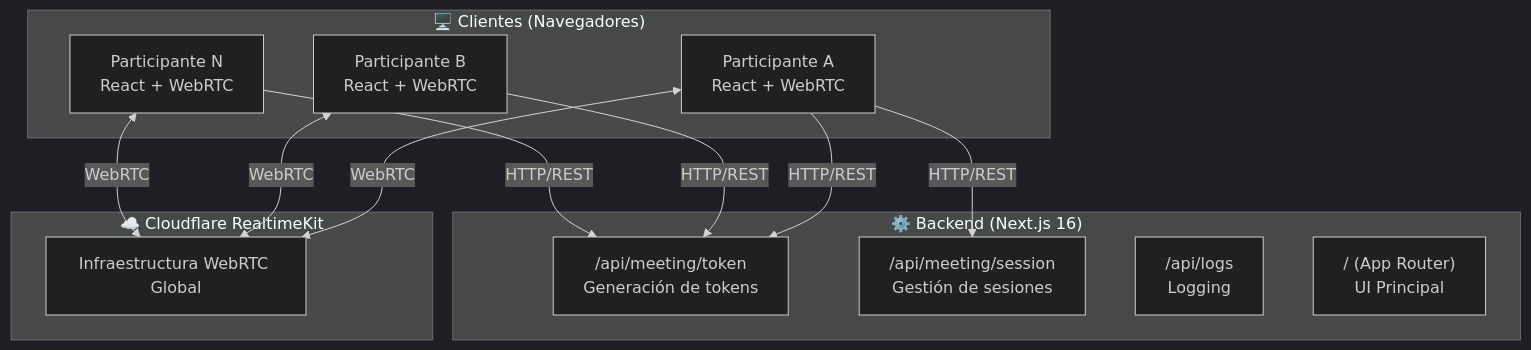
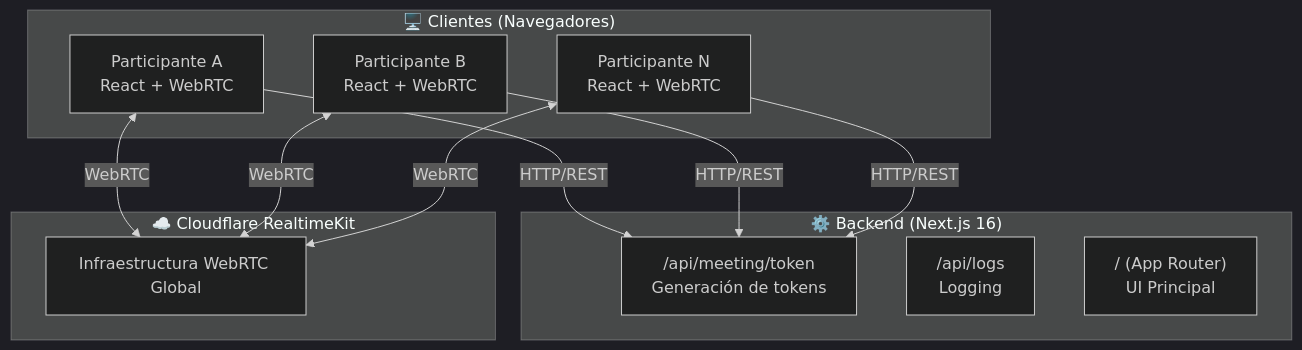
Before and after one commit to jonattan-infante/OpenMeet: the first of 3 diagrams in README.md, drawn with Mermaid (dark theme). The commit also changed other lines of this file and 6 other files, not shown here.

````diff
--- a/README.md
+++ b/README.md
@@ -33,27 +33,25 @@
 ```mermaid
 flowchart TB
     subgraph Clientes["🖥️ Clientes (Navegadores)"]
         C1["Participante A<br/>React + WebRTC"]
         C2["Participante B<br/>React + WebRTC"]
         C3["Participante N<br/>React + WebRTC"]
     end
 
     subgraph Backend["⚙️ Backend (Next.js 16)"]
         API1["/api/meeting/token<br/>Generación de tokens"]
-        API2["/api/meeting/session<br/>Gestión de sesiones"]
-        API3["/api/logs<br/>Logging"]
+        API2["/api/logs<br/>Logging"]
         UI["/ (App Router)<br/>UI Principal"]
     end
 
     subgraph Cloudflare["☁️ Cloudflare RealtimeKit"]
         RT["Infraestructura WebRTC Global"]
     end
 
     C1 <-->|WebRTC| RT
     C2 <-->|WebRTC| RT
     C3 <-->|WebRTC| RT
     C1 -->|HTTP/REST| API1
-    C1 -->|HTTP/REST| API2
     C2 -->|HTTP/REST| API1
     C3 -->|HTTP/REST| API1
 ```
````
